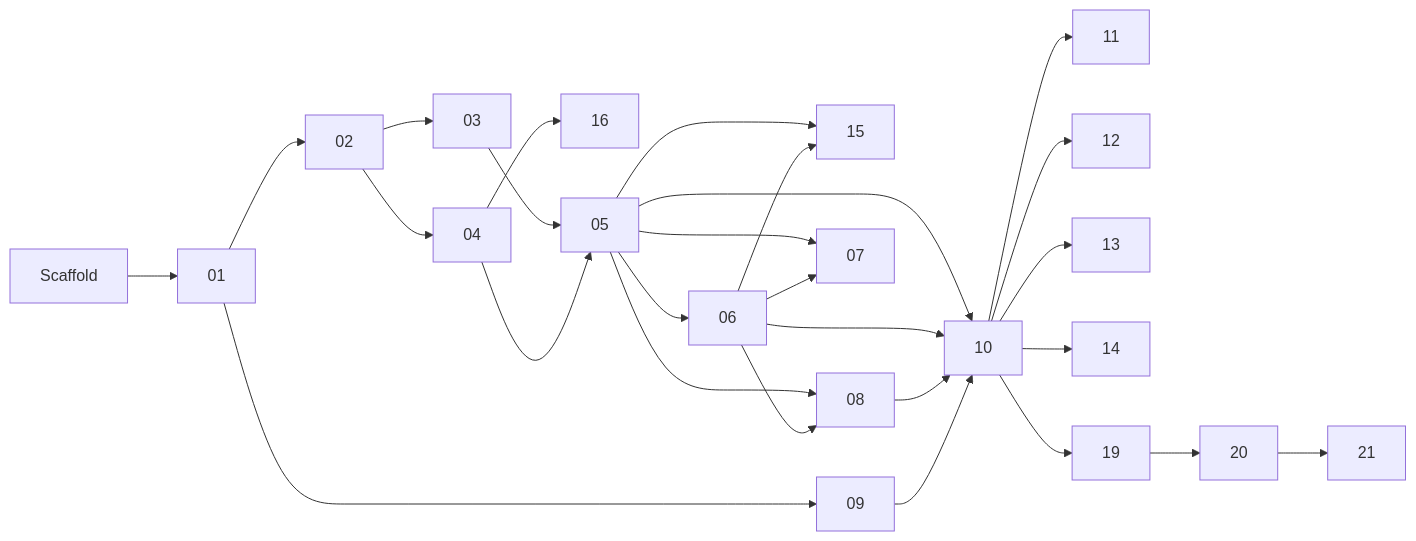
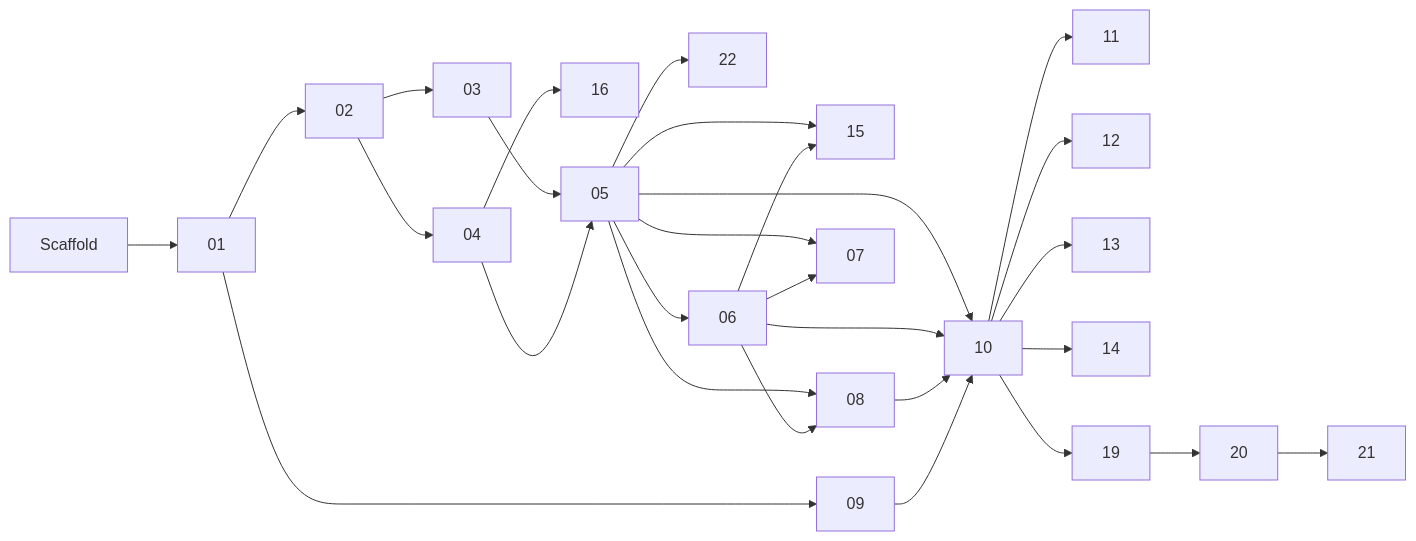
One commit to jopealgorta/physio-trainer changed the diagram in docs/specs/README.md. Above: the diagram before and after it, drawn with Mermaid. The commit also changed other lines of this file and 1 other file, not shown here.

````diff
--- a/docs/specs/README.md
+++ b/docs/specs/README.md
@@ -36,14 +37,15 @@
 ```mermaid
 graph LR
   S[Scaffold] --> 01
   01 --> 02 --> 03 & 04
   01 --> 09
   03 & 04 --> 05 --> 06
   05 & 06 --> 07 & 08 & 15
   04 --> 16
   05 & 06 & 08 & 09 --> 10
   10 --> 11 & 12 & 13 & 14
   10 --> 19
   19 --> 20
   20 --> 21
+  05 --> 22
 ```
````
